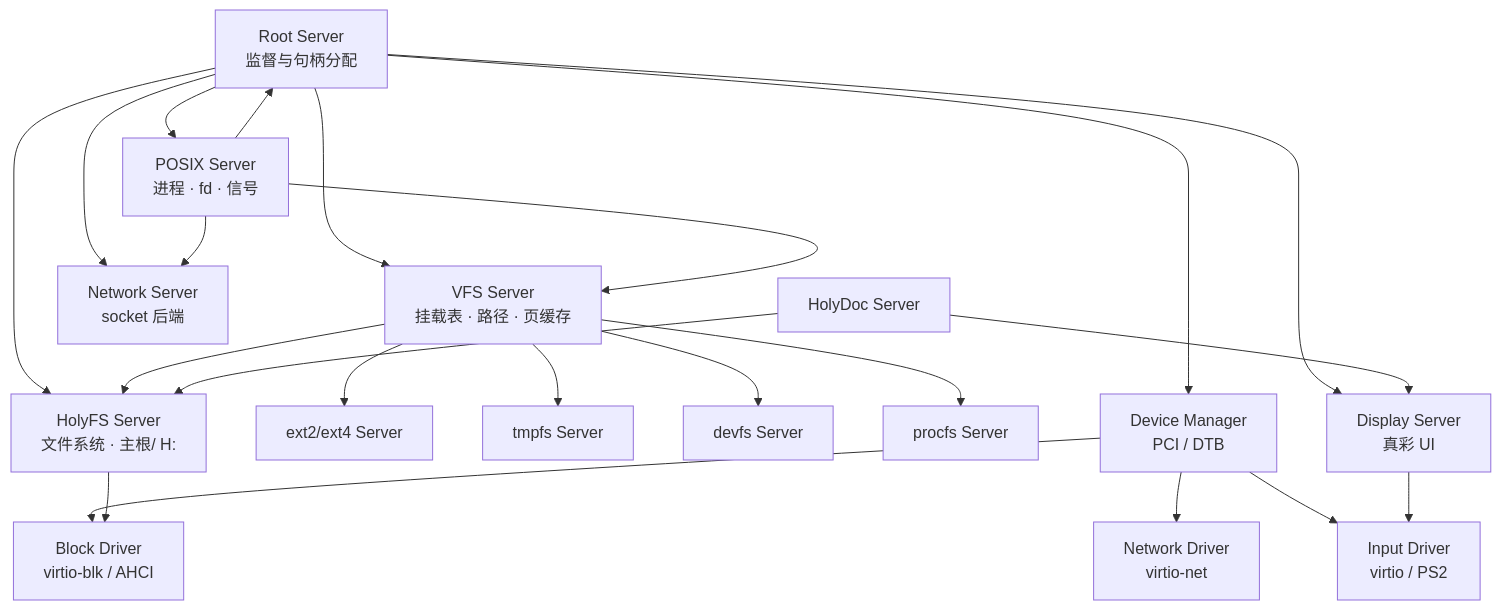
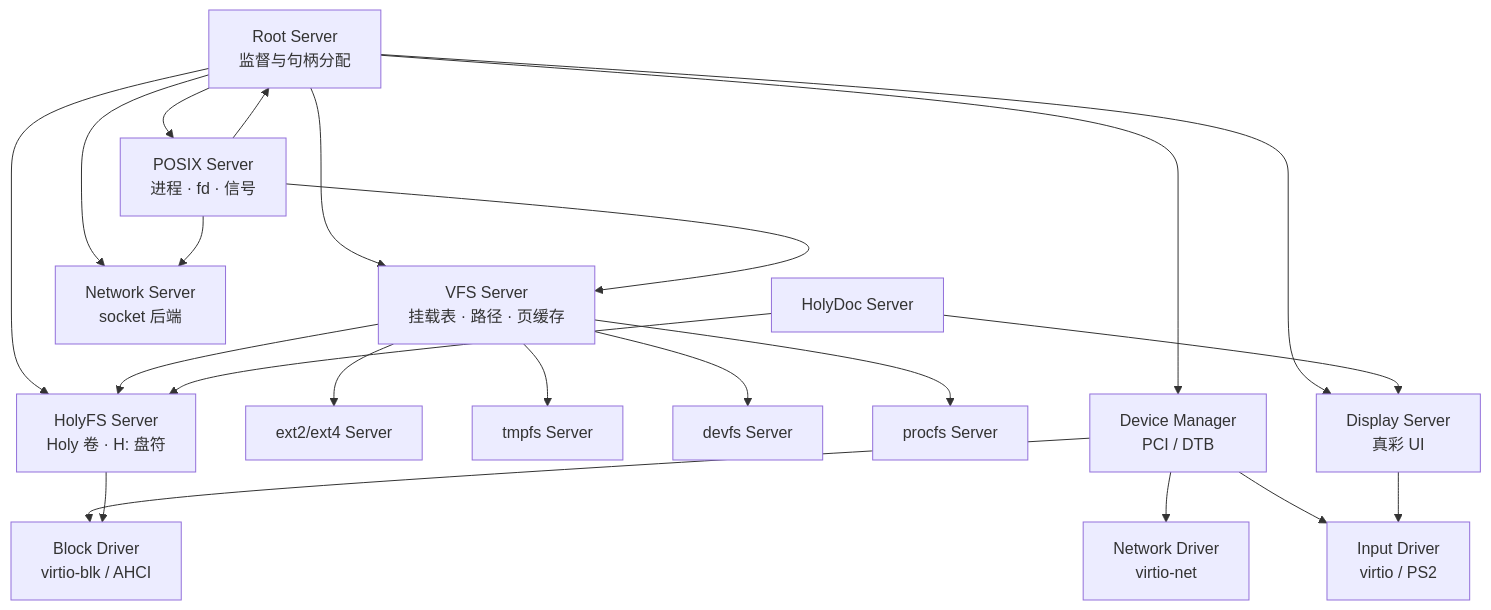
One commit to hongweifei/HolyKernel changed the first of 2 diagrams in docs/servers.md. Above: the diagram before and after it, drawn with Mermaid. The commit also changed other lines of this file and 17 other files, not shown here.

````diff
--- a/docs/servers.md
+++ b/docs/servers.md
@@ -11,40 +11,40 @@
 ```mermaid
 flowchart TB
     Root["Root Server<br/>监督与句柄分配"]
     DM["Device Manager<br/>PCI / DTB"]
     Blk["Block Driver<br/>virtio-blk / AHCI"]
     Net["Network Driver<br/>virtio-net"]
     Input["Input Driver<br/>virtio / PS2"]
     VFS["VFS Server<br/>挂载表 · 路径 · 页缓存"]
     Ext2["ext2/ext4 Server"]
     Tmpfs["tmpfs Server"]
     Devfs["devfs Server"]
     Procfs["procfs Server"]
     POSIX["POSIX Server<br/>进程 · fd · 信号"]
     NetSrv["Network Server<br/>socket 后端"]
-    HolyFS["HolyFS Server<br/>文件系统 · 主根/ H:"]
+    HolyFS["HolyFS Server<br/>Holy 卷 · H: 盘符"]
     Display["Display Server<br/>真彩 UI"]
     HolyDoc["HolyDoc Server"]
 
     Root --> DM
     Root --> VFS
     Root --> POSIX
     Root --> NetSrv
     Root --> HolyFS
     Root --> Display
     DM --> Blk
     DM --> Net
     DM --> Input
     VFS --> Ext2
     VFS --> Tmpfs
     VFS --> Devfs
     VFS --> Procfs
     VFS --> HolyFS
     HolyFS --> Blk
     POSIX --> VFS
     POSIX --> NetSrv
     POSIX --> Root
     Display --> Input
     HolyDoc --> Display
     HolyDoc --> HolyFS
 ```
````
